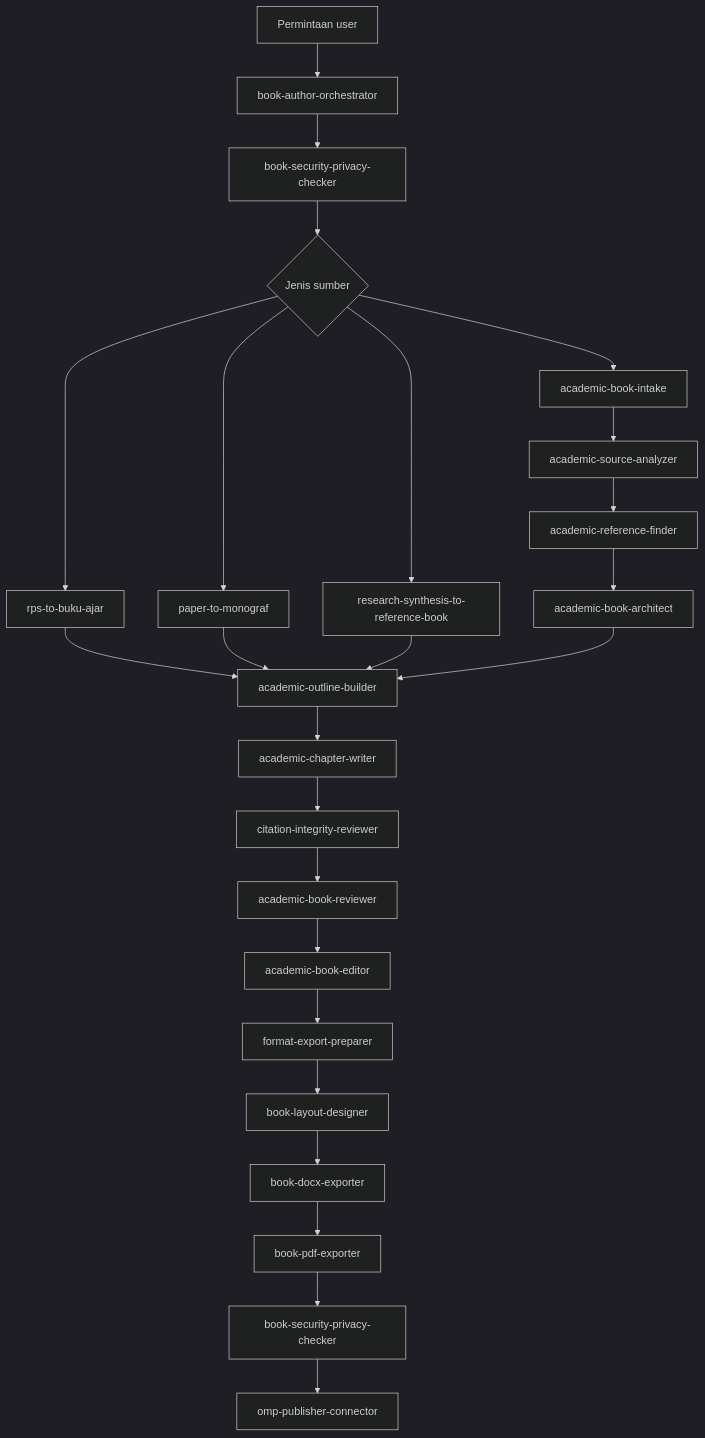
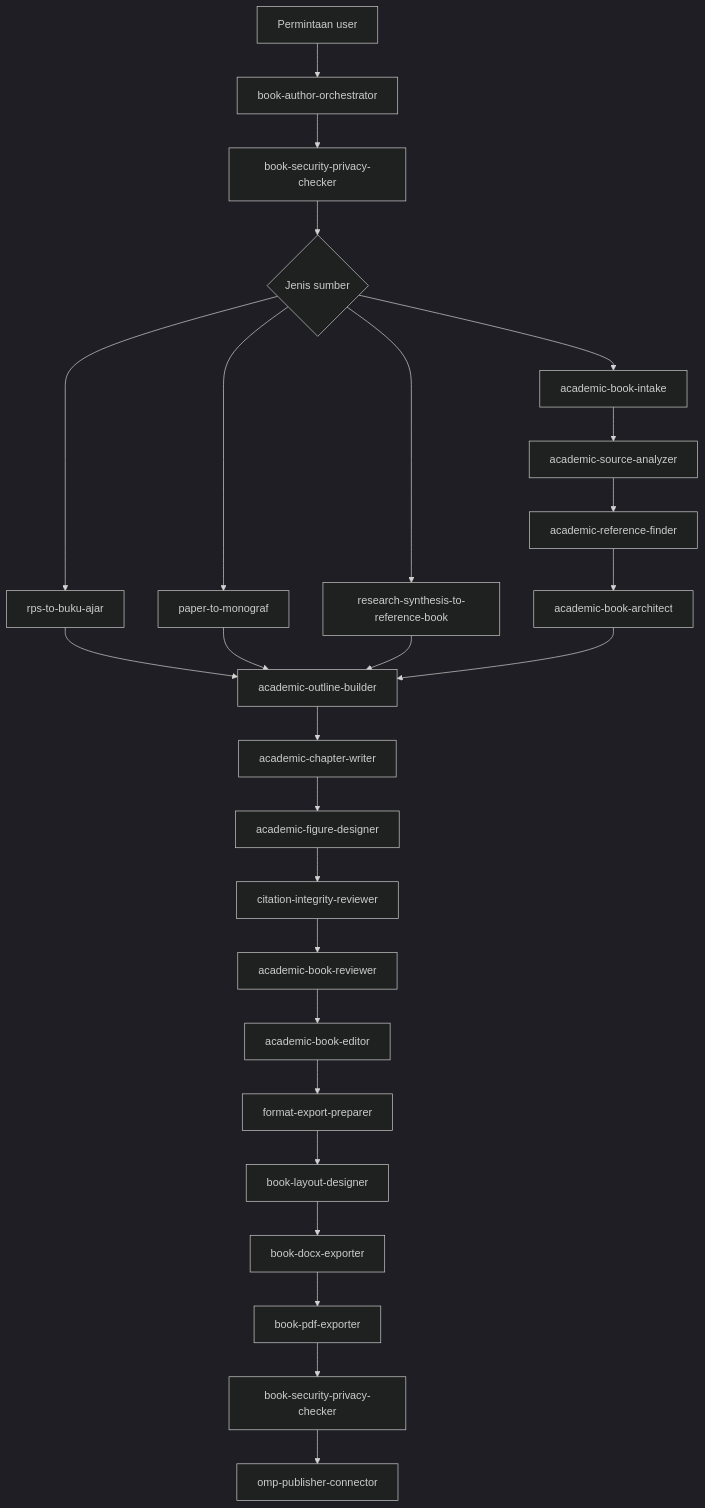
The second of 2 diagrams in README.md (lensetek/Book-Author-Agent-Skills), drawn with Mermaid (dark theme) before and after one commit. The commit also changed other lines of this file and 9 other files, not shown here.

Commit message:
feat(v1.5): add multi-engine image generator, academic-figure-designer skill, and 300 DPI print covers

````diff
--- a/README.md
+++ b/README.md
@@ -401,27 +409,28 @@
 ```mermaid
 flowchart TD
     A["Permintaan user"] --> B["book-author-orchestrator"]
     B --> C["book-security-privacy-checker"]
     C --> D{"Jenis sumber"}
     D --> E["rps-to-buku-ajar"]
     D --> F["paper-to-monograf"]
     D --> G["research-synthesis-to-reference-book"]
     D --> H["academic-book-intake"]
     H --> I["academic-source-analyzer"]
     I --> T["academic-reference-finder"]
     T --> U["academic-book-architect"]
     E --> J["academic-outline-builder"]
     F --> J
     G --> J
     U --> J
     J --> K["academic-chapter-writer"]
-    K --> L["citation-integrity-reviewer"]
+    K --> W["academic-figure-designer"]
+    W --> L["citation-integrity-reviewer"]
     L --> M["academic-book-reviewer"]
     M --> N["academic-book-editor"]
     N --> O["format-export-preparer"]
     O --> P["book-layout-designer"]
     P --> Q["book-docx-exporter"]
     Q --> R["book-pdf-exporter"]
     R --> S["book-security-privacy-checker"]
     S --> V["omp-publisher-connector"]
 ```
````
